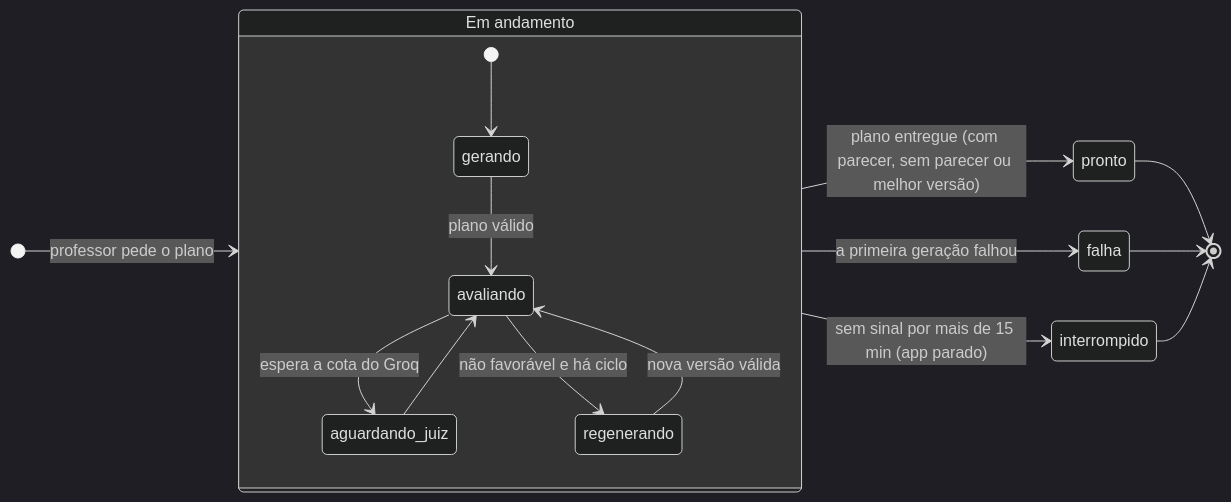
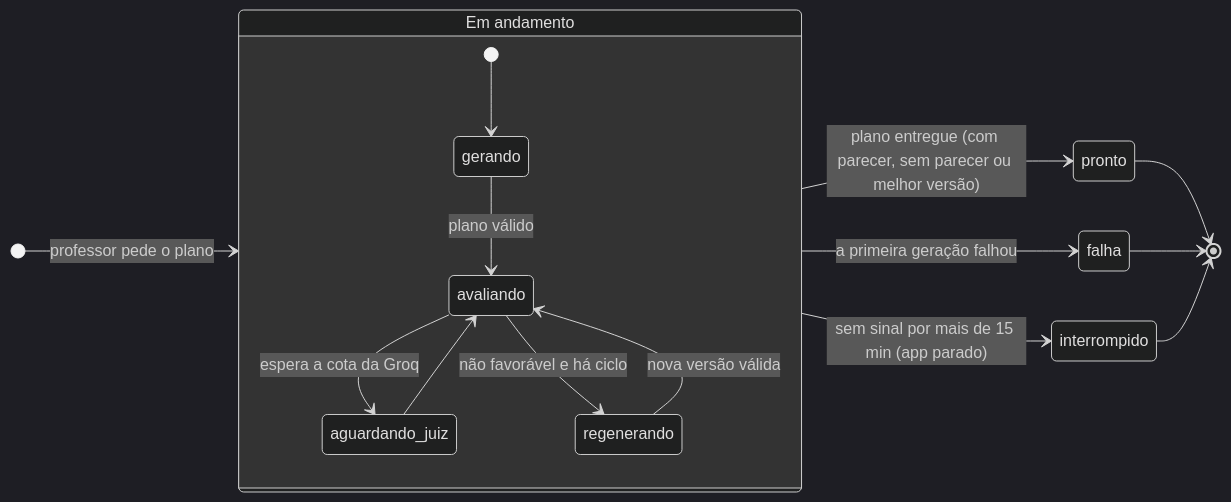
The diagram in docs/diagramas/final/estados.mmd (Carneiro-Joao/tcc-plataforma-multiagente), drawn with Mermaid (dark theme) before and after one commit. The commit also changed 9 other files, not shown here.

First line of the commit message:
docs(diagramas): ajustes menores nas figuras do Cap. 4

```diff
--- a/docs/diagramas/final/estados.mmd
+++ b/docs/diagramas/final/estados.mmd
@@ -1,17 +1,17 @@
 stateDiagram-v2
     direction LR
     state "Em andamento" as andamento {
         [*] --> gerando
         gerando --> avaliando: plano válido
-        avaliando --> aguardando_juiz: espera a cota do Groq
+        avaliando --> aguardando_juiz: espera a cota da Groq
         aguardando_juiz --> avaliando
         avaliando --> regenerando: não favorável e há ciclo
         regenerando --> avaliando: nova versão válida
     }
     [*] --> andamento: professor pede o plano
     andamento --> pronto: plano entregue (com parecer, sem parecer ou melhor versão)
     andamento --> falha: a primeira geração falhou
     andamento --> interrompido: sem sinal por mais de 15 min (app parado)
     pronto --> [*]
     falha --> [*]
     interrompido --> [*]
```
